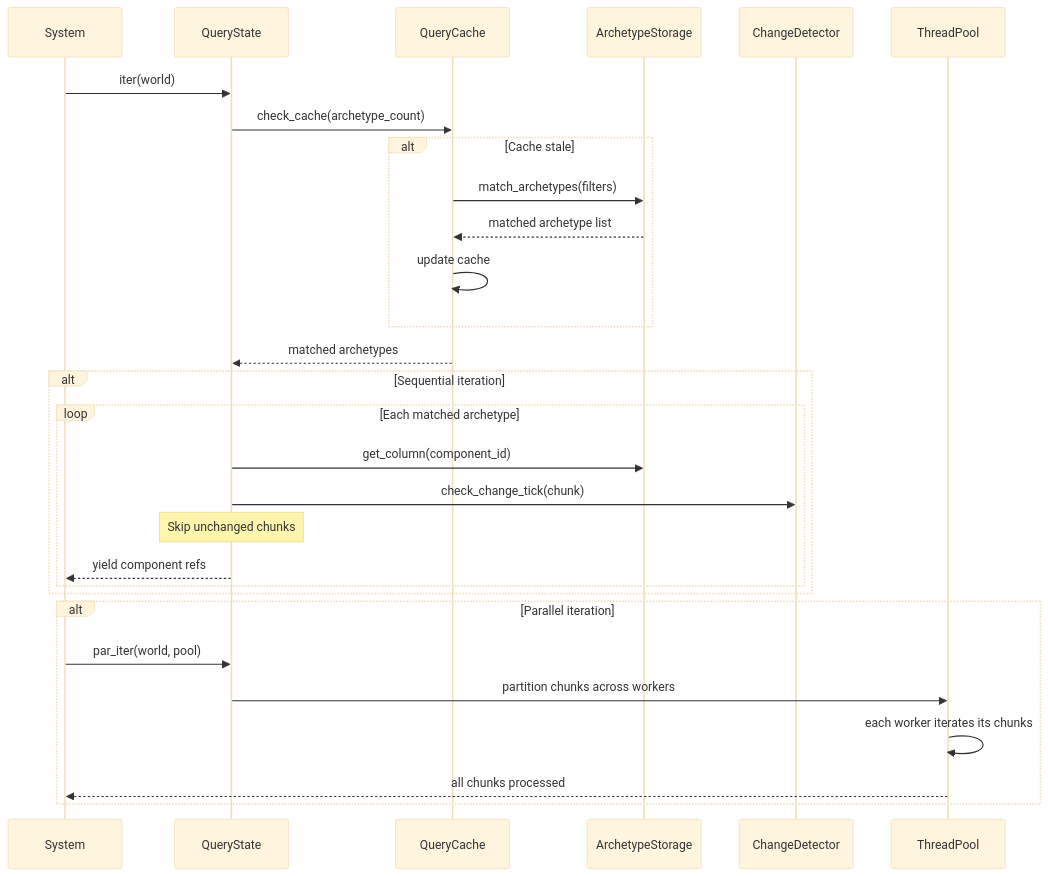
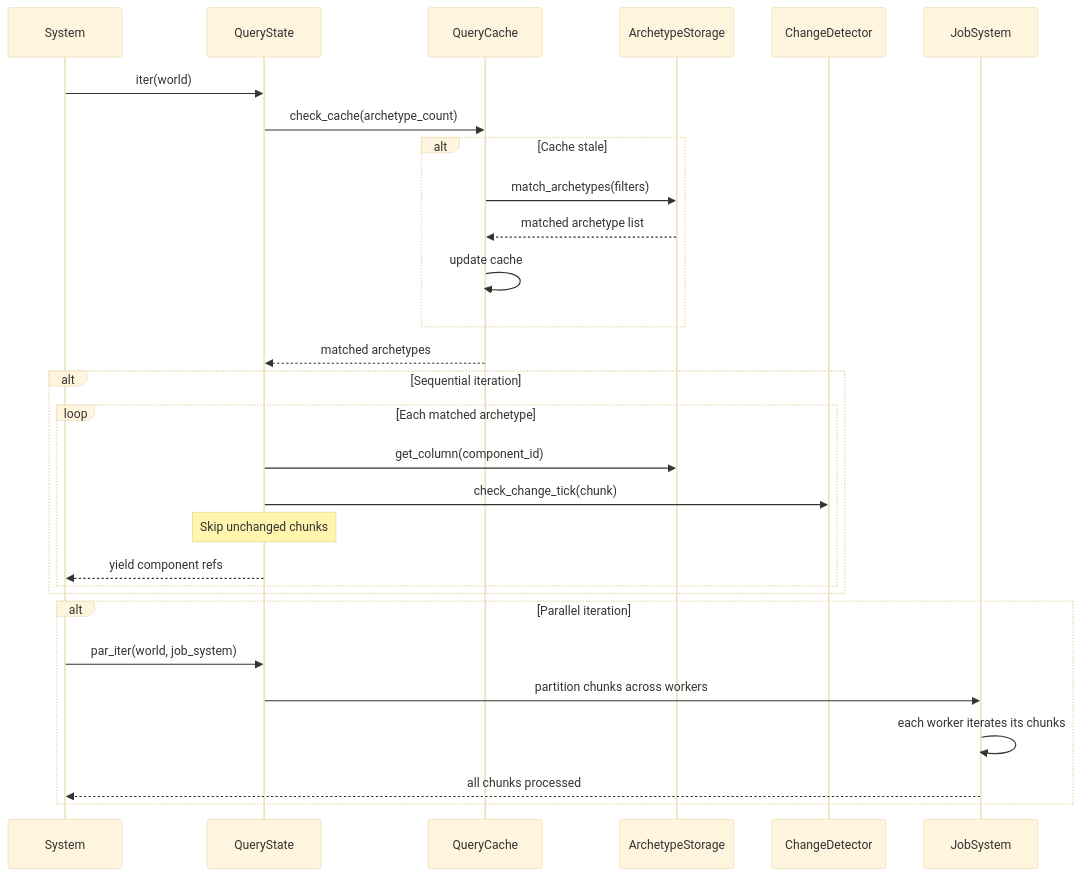
Before and after one commit to harmonius-dev/harmonius: the eighth of 9 diagrams in docs/design/core-runtime/ecs.md, drawn with Mermaid (base theme). The commit also changed other lines of this file and 174 other files, not shown here.

````diff
--- a/docs/design/core-runtime/ecs.md
+++ b/docs/design/core-runtime/ecs.md
@@ -2398,34 +2470,34 @@
 ```mermaid
 sequenceDiagram
     participant SYS as System
     participant QS as QueryState
     participant QC as QueryCache
     participant AS as ArchetypeStorage
     participant CD as ChangeDetector
-    participant TP as ThreadPool
+    participant JS as JobSystem
 
     SYS->>QS: iter(world)
     QS->>QC: check_cache(archetype_count)
     alt Cache stale
         QC->>AS: match_archetypes(filters)
         AS-->>QC: matched archetype list
         QC->>QC: update cache
     end
     QC-->>QS: matched archetypes
 
     alt Sequential iteration
         loop Each matched archetype
             QS->>AS: get_column(component_id)
             QS->>CD: check_change_tick(chunk)
             Note over QS: Skip unchanged chunks
             QS-->>SYS: yield component refs
         end
     end
 
     alt Parallel iteration
-        SYS->>QS: par_iter(world, pool)
-        QS->>TP: partition chunks across workers
-        TP->>TP: each worker iterates its chunks
-        TP-->>SYS: all chunks processed
+        SYS->>QS: par_iter(world, job_system)
+        QS->>JS: partition chunks across workers
+        JS->>JS: each worker iterates its chunks
+        JS-->>SYS: all chunks processed
     end
 ```
````
